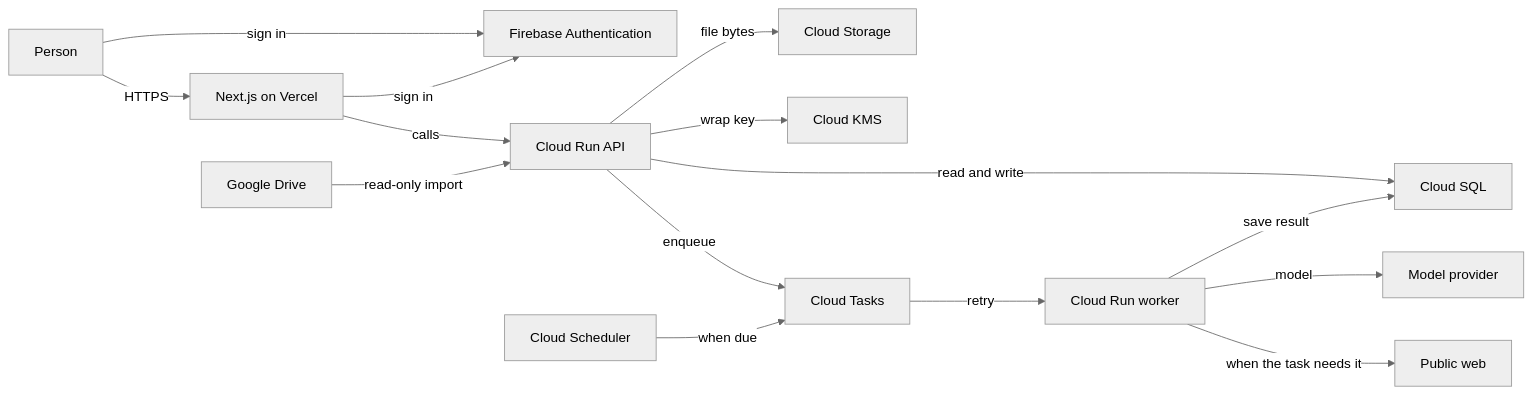
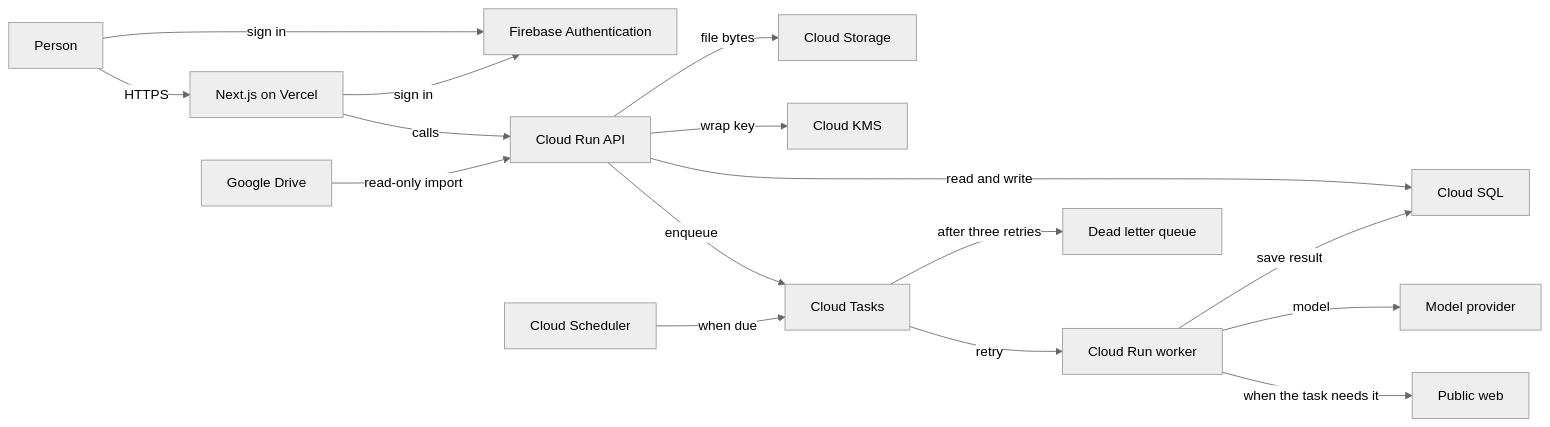
One commit to khamseaffan/Folio changed the diagram in docs/architecture.md. Above: the diagram before and after it, drawn with Mermaid (neutral theme). The commit also changed other lines of this file and 9 other files, not shown here.

Commit message:
Delete an account immediately and retry a dead provider three times.

````diff
--- a/docs/architecture.md
+++ b/docs/architecture.md
@@ -5,31 +5,32 @@
 ```mermaid
 flowchart LR
   person[Person]
   firebase["Firebase Authentication"]
   drive["Google Drive"]
   webapp["Next.js on Vercel"]
   api["Cloud Run API"]
   sql["Cloud SQL"]
   storage["Cloud Storage"]
   kms["Cloud KMS"]
   tasks["Cloud Tasks"]
   scheduler["Cloud Scheduler"]
   worker["Cloud Run worker"]
   model["Model provider"]
   publicweb["Public web"]
 
   person -->|HTTPS| webapp
   person -->|sign in| firebase
   webapp -->|sign in| firebase
   webapp -->|calls| api
   drive -->|"read-only import"| api
   api -->|"read and write"| sql
   api -->|"file bytes"| storage
   api -->|"wrap key"| kms
   api -->|enqueue| tasks
   scheduler -->|"when due"| tasks
   tasks -->|retry| worker
+  tasks -->|after three retries| dead["Dead letter queue"]
   worker -->|model| model
   worker -->|"when the task needs it"| publicweb
   worker -->|"save result"| sql
 ```
````
